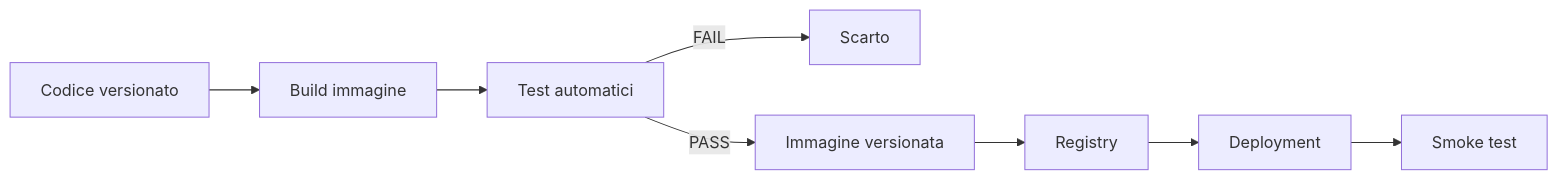
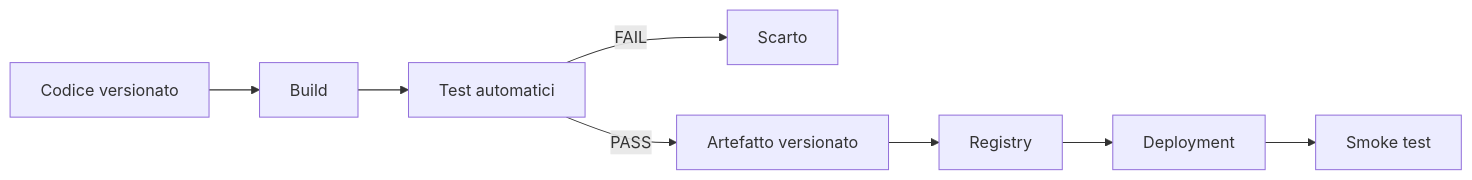
The first of 3 diagrams in 05-deployment.qmd (andreabz/R_per_IT), drawn with Mermaid before and after one commit. The commit also changed other lines of this file and 7 other files, not shown here.

````diff
--- a/05-deployment.qmd
+++ b/05-deployment.qmd
@@ -330,12 +310,12 @@
 ```{mermaid}
 %%| label: mermaid-05-deployment-01
 %%| echo: false
 flowchart LR
-    GIT["Codice versionato"] --> BUILD["Build immagine"]
+    GIT["Codice versionato"] --> BUILD["Build"]
     BUILD --> TEST["Test automatici"]
     TEST -->|FAIL| DISCARD["Scarto"]
-    TEST -->|PASS| IMAGE["Immagine versionata"]
+    TEST -->|PASS| IMAGE["Artefatto versionato"]
     IMAGE --> REG["Registry"]
     REG --> DEPLOY["Deployment"]
     DEPLOY --> SMOKE["Smoke test"]
 ```
````
